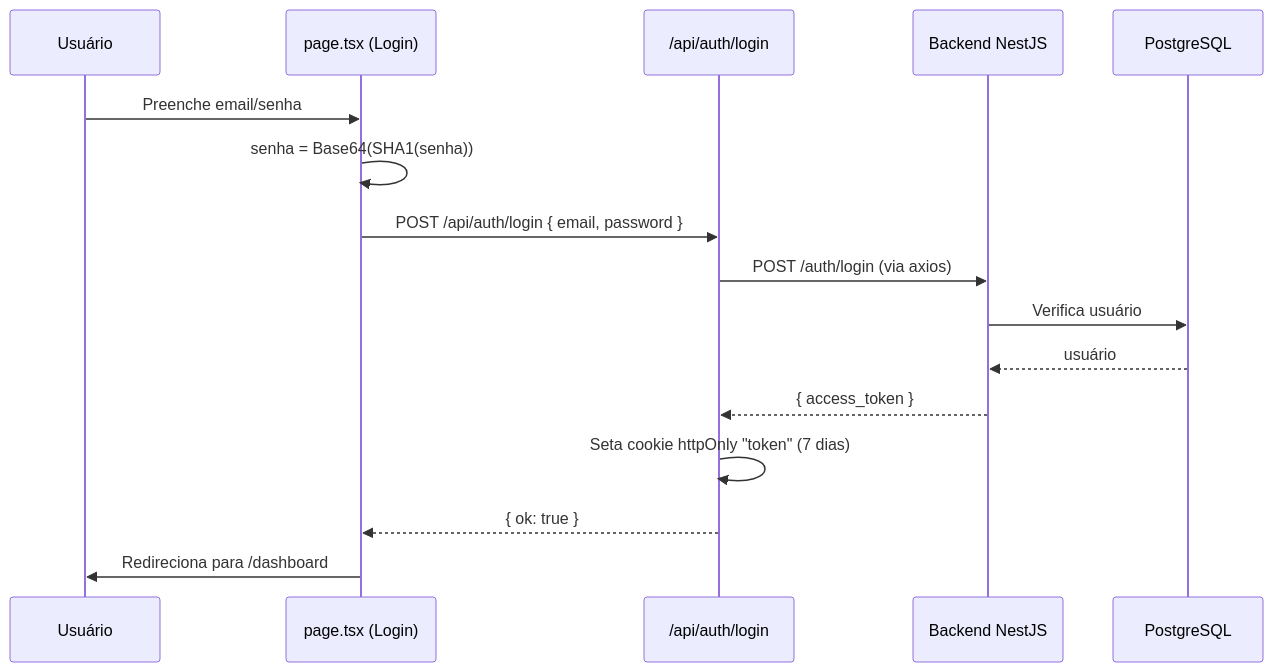
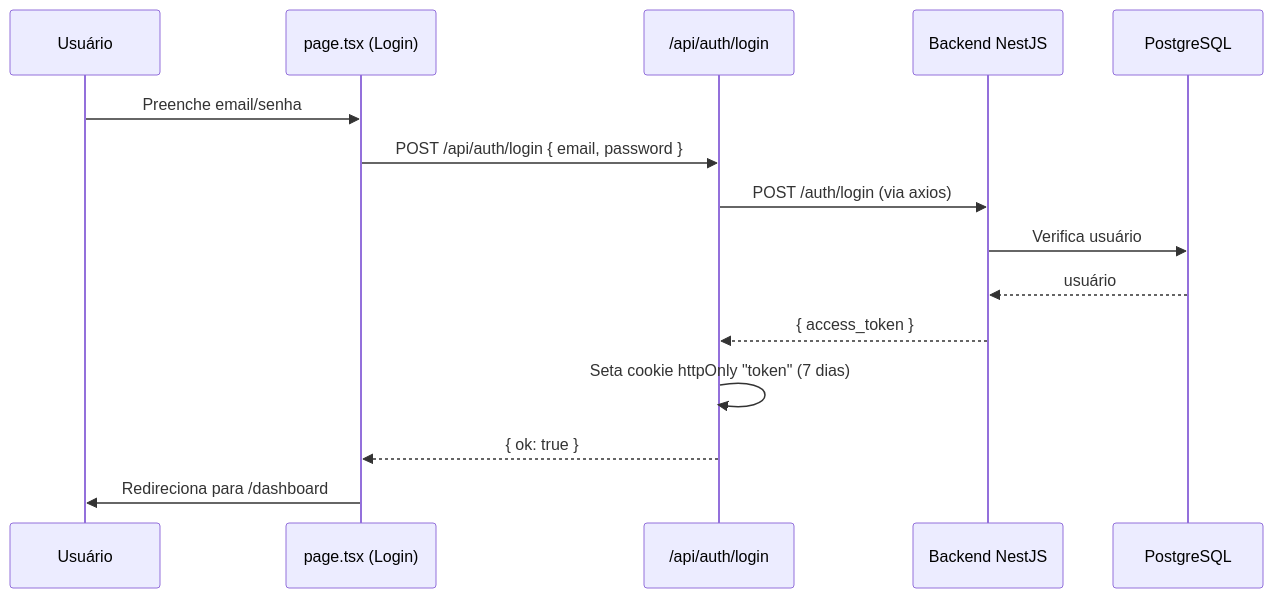
One commit to TROCA-AULA/troca-aula-front changed the second of 4 diagrams in docs/03-arquitetura/autenticacao.md. Above: the diagram before and after it, drawn with Mermaid. The commit also changed other lines of this file and 16 other files, not shown here.

````diff
--- a/docs/03-arquitetura/autenticacao.md
+++ b/docs/03-arquitetura/autenticacao.md
@@ -41,19 +41,18 @@
 ```mermaid
 sequenceDiagram
     participant U as Usuário
     participant P as page.tsx (Login)
     participant A as /api/auth/login
     participant B as Backend NestJS
     participant D as PostgreSQL
 
     U->>P: Preenche email/senha
-    P->>P: senha = Base64(SHA1(senha))
     P->>A: POST /api/auth/login { email, password }
     A->>B: POST /auth/login (via axios)
     B->>D: Verifica usuário
     D-->>B: usuário
     B-->>A: { access_token }
     A->>A: Seta cookie httpOnly "token" (7 dias)
     A-->>P: { ok: true }
     P->>U: Redireciona para /dashboard
 ```
````
